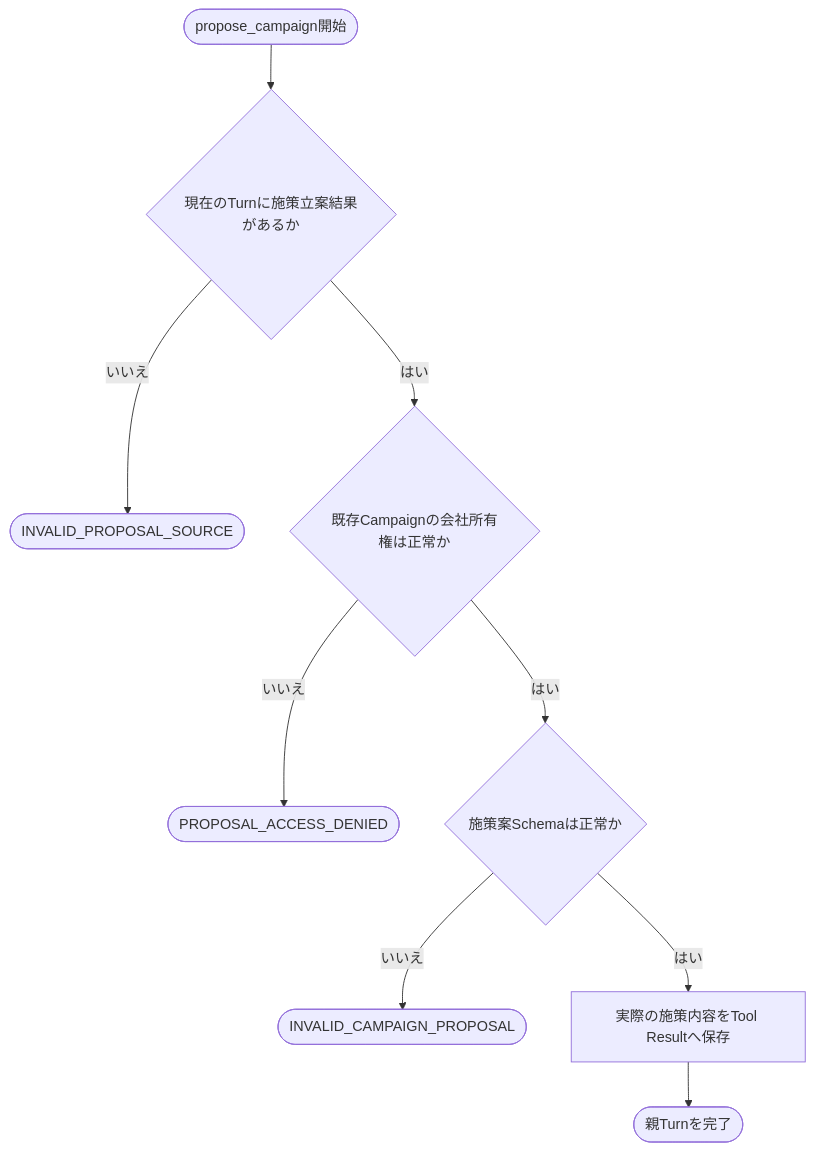
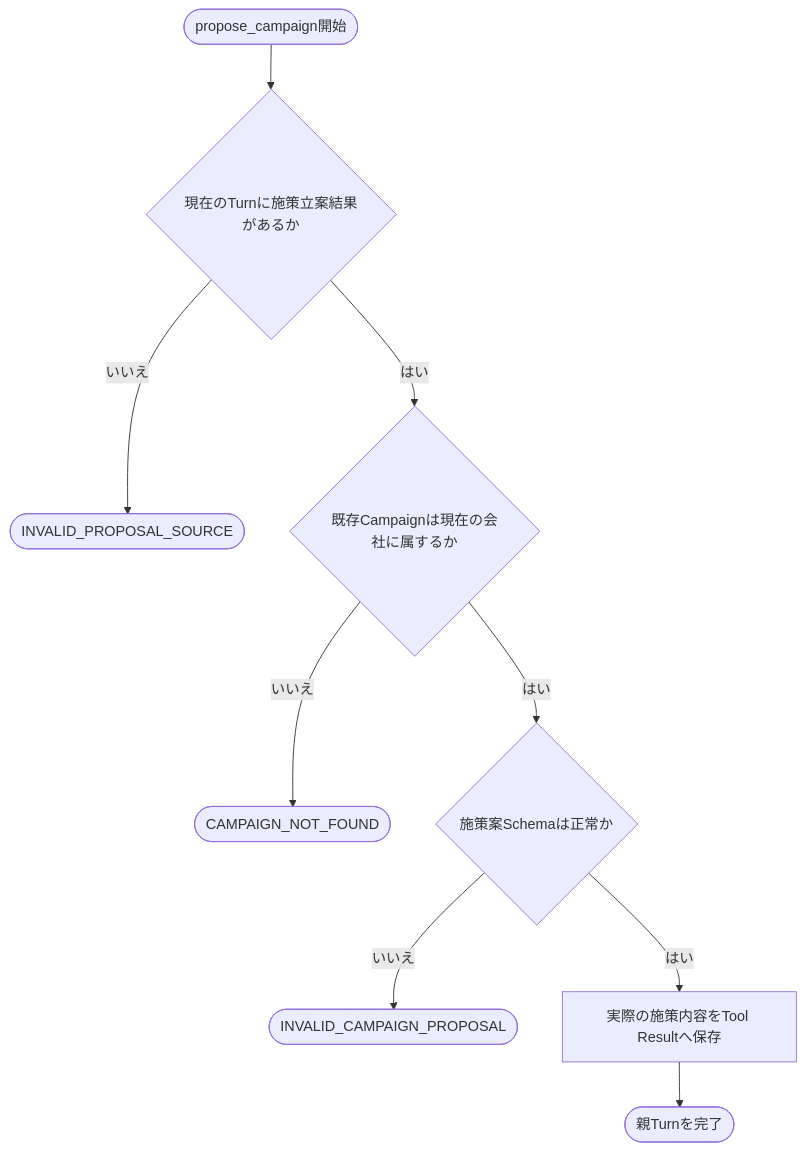
One commit to nishimura-yuma77/hiromeru changed the ninth of 19 diagrams in docs/v.0.1/AGENT_DESIGN.md. Above: the diagram before and after it, drawn with Mermaid. The commit also changed other lines of this file and 4 other files, not shown here.

````diff
--- a/docs/v.0.1/AGENT_DESIGN.md
+++ b/docs/v.0.1/AGENT_DESIGN.md
@@ -354,11 +356,11 @@
 ```mermaid
 flowchart TD
     START([propose_campaign開始]) --> SOURCE{現在のTurnに施策立案結果があるか}
     SOURCE -- いいえ --> END_SOURCE([INVALID_PROPOSAL_SOURCE])
-    SOURCE -- はい --> AUTHORIZE{既存Campaignの会社所有権は正常か}
-    AUTHORIZE -- いいえ --> END_FORBIDDEN([PROPOSAL_ACCESS_DENIED])
+    SOURCE -- はい --> AUTHORIZE{既存Campaignは現在の会社に属するか}
+    AUTHORIZE -- いいえ --> END_NOT_FOUND([CAMPAIGN_NOT_FOUND])
     AUTHORIZE -- はい --> VALIDATE{施策案Schemaは正常か}
     VALIDATE -- いいえ --> END_INVALID([INVALID_CAMPAIGN_PROPOSAL])
     VALIDATE -- はい --> RESULT[実際の施策内容をTool Resultへ保存]
     RESULT --> COMPLETE([親Turnを完了])
 ```
````
